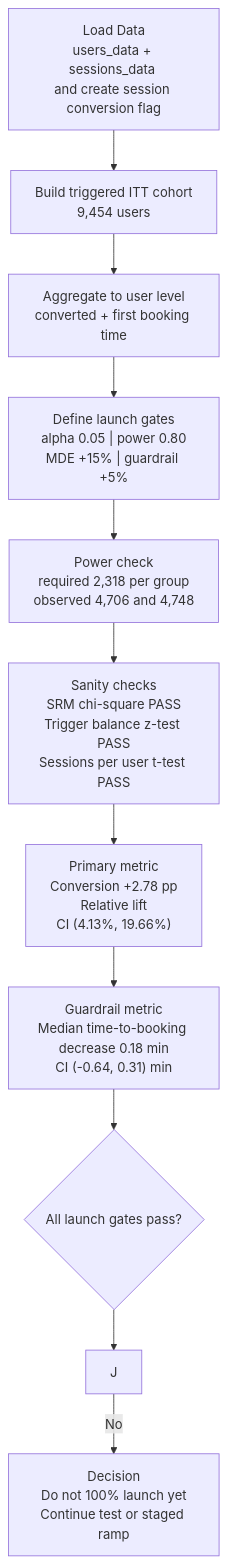
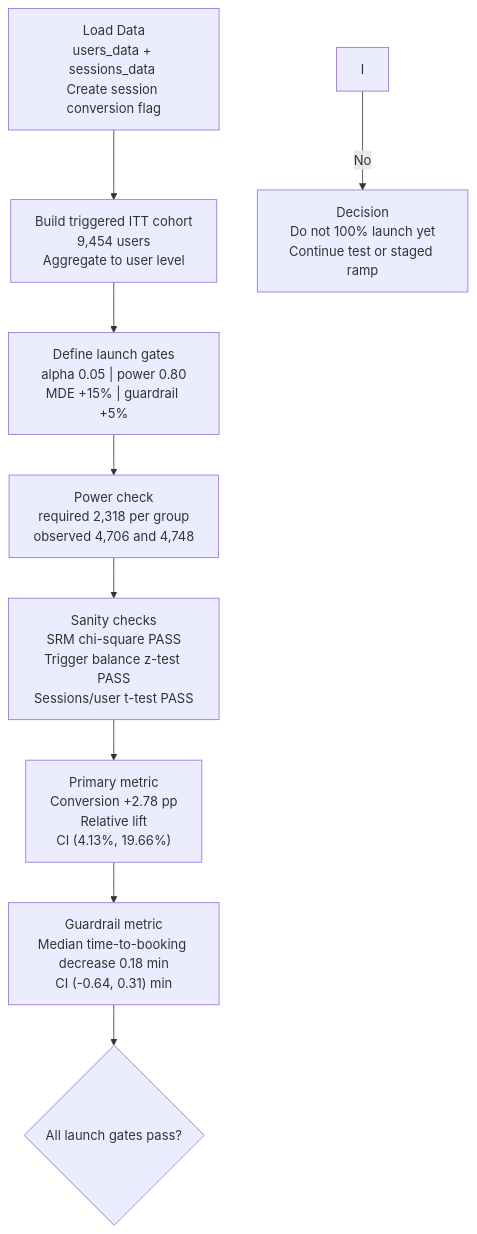
Before and after one commit to JielingChen/A-B-Test-Analysis_Search-Ranking-Algorithm-Rollout: the diagram in README.md, drawn with Mermaid.

````diff
--- a/README.md
+++ b/README.md
@@ -6,13 +6,11 @@
 ```mermaid
 flowchart TD
-    A["Load Data<br/>users_data + sessions_data <br/>and create session conversion flag"] --> B["Build triggered ITT cohort<br/>9,454 users"]
-    B --> C["Aggregate to user level<br/>converted + first booking time"]
-    C --> D["Define launch gates<br/>alpha 0.05 | power 0.80<br/>MDE +15% | guardrail +5%"]
-    D --> E["Power check<br/>required 2,318 per group<br/>observed 4,706 and 4,748"]
-    E --> F["Sanity checks<br/>SRM chi-square PASS<br/>Trigger balance z-test PASS<br/>Sessions per user t-test PASS"]
-    F --> G["Primary metric<br/>Conversion +2.78 pp<br/>Relative lift<br/>CI (4.13%, 19.66%)"]
-    G --> H["Guardrail metric<br/>Median time-to-booking decrease 0.18 min<br/>CI (-0.64, 0.31) min"]
-    H --> I{"All launch gates pass?"}
-    I --> J
-    J -->|No| K["Decision<br/>Do not 100% launch yet<br/>Continue test or staged ramp"]
+    A["Load Data<br/>users_data + sessions_data <br/>Create session conversion flag"] --> B["Build triggered ITT cohort<br/>9,454 users<br/>Aggregate to user level"]
+    B --> C["Define launch gates<br/>alpha 0.05 | power 0.80<br/>MDE +15% | guardrail +5%"]
+    C --> D["Power check<br/>required 2,318 per group<br/>observed 4,706 and 4,748"]
+    D --> E["Sanity checks<br/>SRM chi-square PASS<br/>Trigger balance z-test PASS<br/>Sessions/user t-test PASS"]
+    E --> F["Primary metric<br/>Conversion +2.78 pp<br/>Relative lift<br/>CI (4.13%, 19.66%)"]
+    F --> G["Guardrail metric<br/>Median time-to-booking decrease 0.18 min<br/>CI (-0.64, 0.31) min"]
+    G --> H{"All launch gates pass?"}
+    I -->|No| K["Decision<br/>Do not 100% launch yet<br/>Continue test or staged ramp"]
 ```
````
